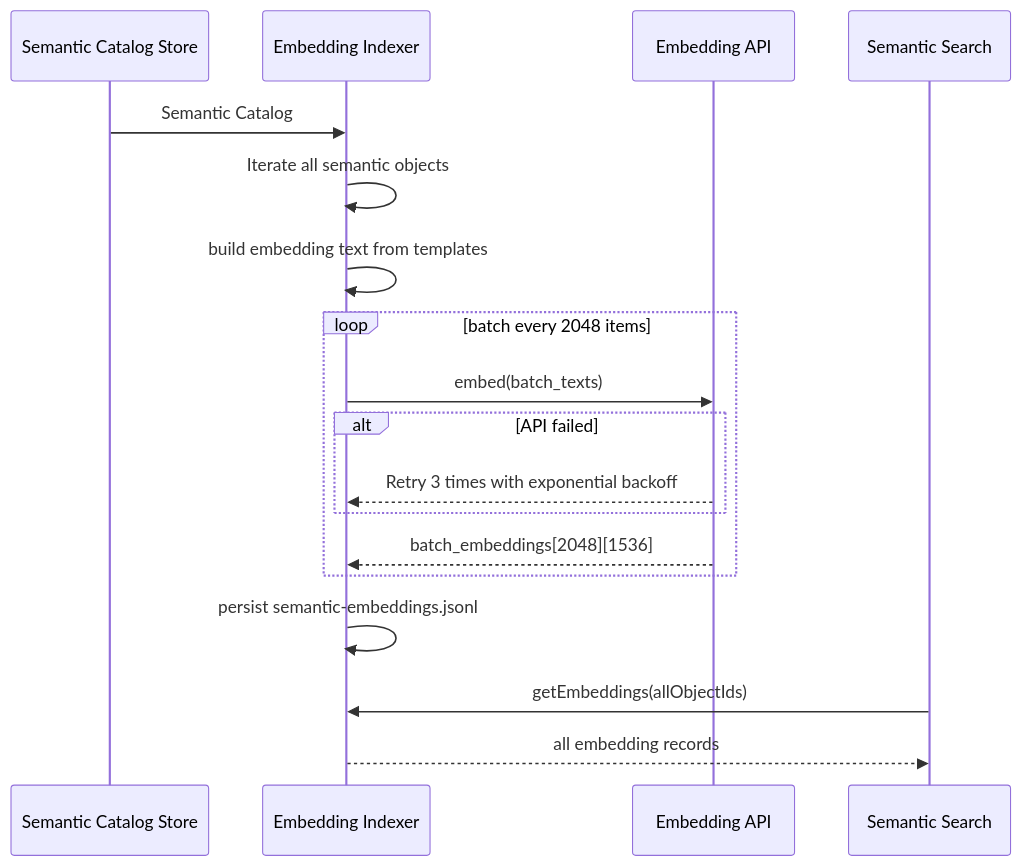
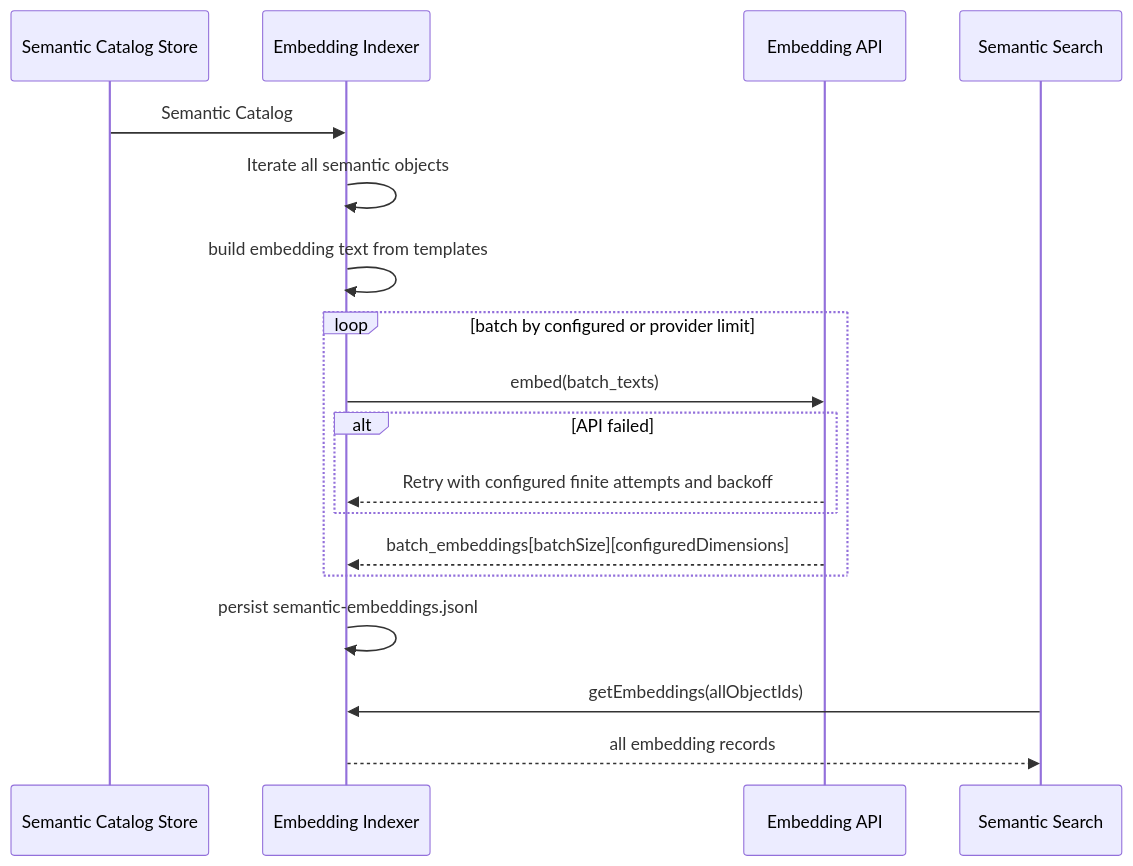
The fourth of 4 diagrams in docs/design/semantic-layer/06-embedding-indexer.md (xiaoguang/relation-detector), drawn with Mermaid before and after one commit. The commit also changed other lines of this file and 21 other files, not shown here.

````diff
--- a/docs/design/semantic-layer/06-embedding-indexer.md
+++ b/docs/design/semantic-layer/06-embedding-indexer.md
@@ -162,21 +162,21 @@
 ```mermaid
 sequenceDiagram
     participant CS as Semantic Catalog Store
     participant EI as Embedding Indexer
     participant API as Embedding API
     participant SS as Semantic Search
 
     CS->>EI: Semantic Catalog
     EI->>EI: Iterate all semantic objects
     EI->>EI: build embedding text from templates
-    loop batch every 2048 items
+    loop batch by configured or provider limit
         EI->>API: embed(batch_texts)
         alt API failed
-            API-->>EI: Retry 3 times with exponential backoff
+            API-->>EI: Retry with configured finite attempts and backoff
         end
-        API-->>EI: batch_embeddings[2048][1536]
+        API-->>EI: batch_embeddings[batchSize][configuredDimensions]
     end
     EI->>EI: persist semantic-embeddings.jsonl
     SS->>EI: getEmbeddings(allObjectIds)
     EI-->>SS: all embedding records
 ```
````
